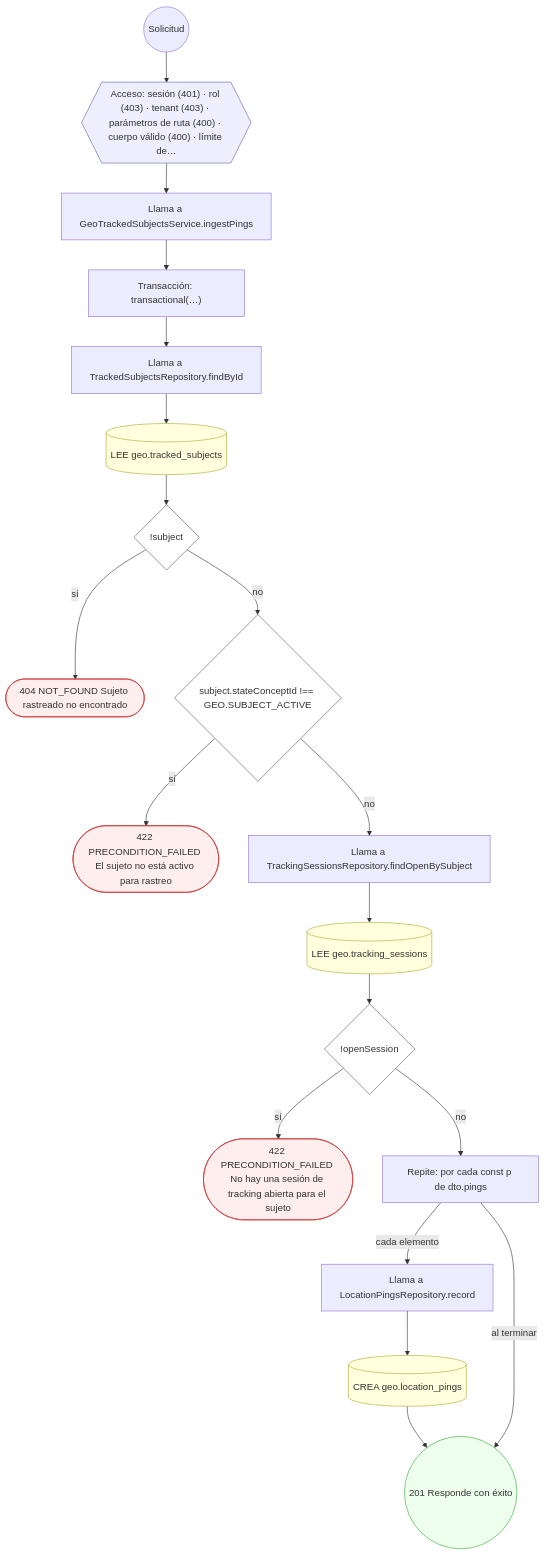
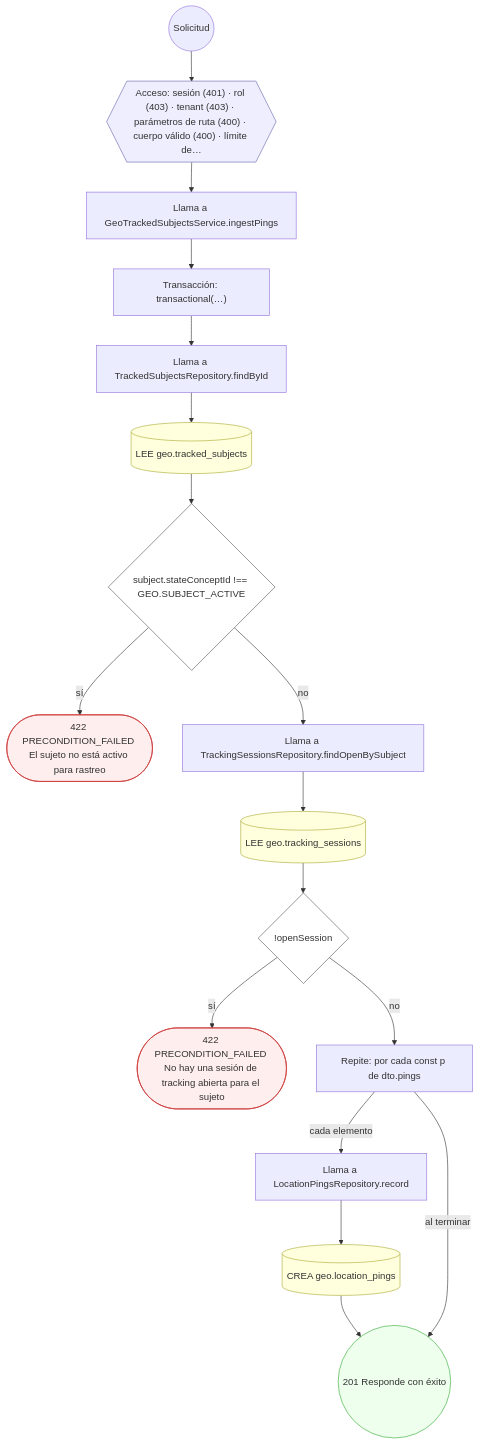
Before and after one commit to mdavila-2001/mantra-core-health-api: the sixth of 11 diagrams in docs/inventario/flujos/geo.md, drawn with Mermaid. The commit also changed other lines of this file and 438 other files, not shown here.

````diff
--- a/docs/inventario/flujos/geo.md
+++ b/docs/inventario/flujos/geo.md
@@ -343,45 +329,41 @@
 ```mermaid
 flowchart TD
   n1(("Solicitud")):::inicio
   n2{{"Acceso: sesión (401) · rol (403) · tenant (403) · parámetros de ruta (400) · cuerpo válido (400) · límite de…"}}:::acceso
   n1 --> n2
   n3["Llama a GeoTrackedSubjectsService.ingestPings"]:::llamada
   n2 --> n3
   n4["Transacción: transactional(…)"]:::transaccion
   n3 --> n4
   n5["Llama a TrackedSubjectsRepository.findById"]:::llamada
   n4 --> n5
   n6[("LEE geo.tracked_subjects")]:::efecto
   n5 --> n6
-  n7{"!subject"}:::decision
+  n7{"subject.stateConceptId !== GEO.SUBJECT_ACTIVE"}:::decision
   n6 --> n7
-  n8(["404 NOT_FOUND Sujeto rastreado no encontrado"]):::error
+  n8(["422 PRECONDITION_FAILED El sujeto no está activo para rastreo"]):::error
   n7 -->|"sí"| n8
-  n9{"subject.stateConceptId !== GEO.SUBJECT_ACTIVE"}:::decision
+  n9["Llama a TrackingSessionsRepository.findOpenBySubject"]:::llamada
   n7 -->|"no"| n9
-  n10(["422 PRECONDITION_FAILED El sujeto no está activo para rastreo"]):::error
-  n9 -->|"sí"| n10
-  n11["Llama a TrackingSessionsRepository.findOpenBySubject"]:::llamada
-  n9 -->|"no"| n11
-  n12[("LEE geo.tracking_sessions")]:::efecto
-  n11 --> n12
-  n13{"!openSession"}:::decision
-  n12 --> n13
-  n14(["422 PRECONDITION_FAILED No hay una sesión de tracking abierta para el sujeto"]):::error
-  n13 -->|"sí"| n14
-  n15["Repite: por cada const p de dto.pings"]:::bucle
-  n13 -->|"no"| n15
-  n16["Llama a LocationPingsRepository.record"]:::llamada
-  n15 -->|"cada elemento"| n16
-  n17[("CREA geo.location_pings")]:::efecto
-  n16 --> n17
-  n18(("201 Responde con éxito")):::ok
-  n17 --> n18
-  n15 -->|"al terminar"| n18
+  n10[("LEE geo.tracking_sessions")]:::efecto
+  n9 --> n10
+  n11{"!openSession"}:::decision
+  n10 --> n11
+  n12(["422 PRECONDITION_FAILED No hay una sesión de tracking abierta para el sujeto"]):::error
+  n11 -->|"sí"| n12
+  n13["Repite: por cada const p de dto.pings"]:::bucle
+  n11 -->|"no"| n13
+  n14["Llama a LocationPingsRepository.record"]:::llamada
+  n13 -->|"cada elemento"| n14
+  n15[("CREA geo.location_pings")]:::efecto
+  n14 --> n15
+  n16(("201 Responde con éxito")):::ok
+  n15 --> n16
+  n13 -->|"al terminar"| n16
   classDef acceso fill:#eef,stroke:#66a
   classDef error fill:#fee,stroke:#c33
   classDef ok fill:#efe,stroke:#3a3
   classDef efecto fill:#ffd,stroke:#aa3
   classDef decision fill:#fff,stroke:#555
   classDef corte fill:#eee,stroke:#999,stroke-dasharray: 4
 ```
````
